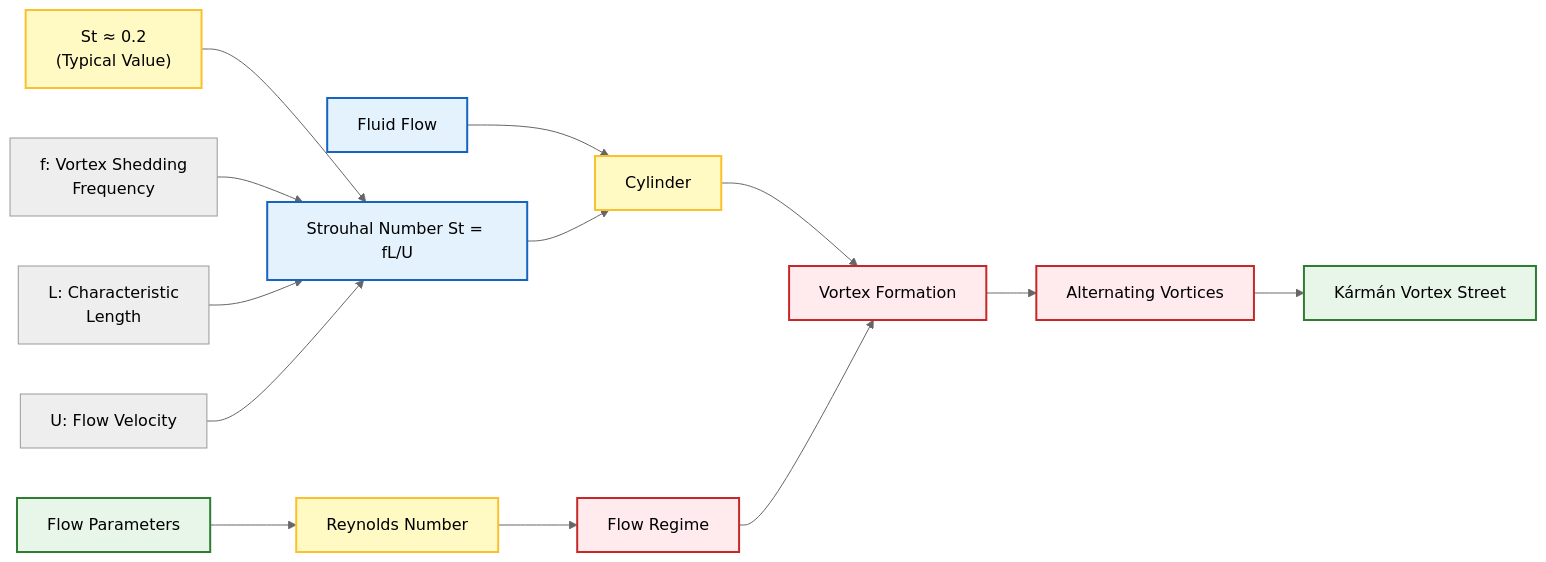
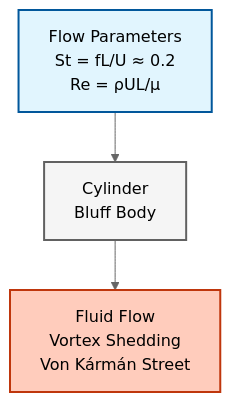
One commit to wramet/build-my-cfd changed the fifth of 5 diagrams in MODULE_01_CFD_FUNDAMENTALS/CONTENT/01_GOVERNING_EQUATIONS/04_Dimensionless_Numbers.md. Above: the diagram before and after it, drawn with Mermaid (neutral theme). The commit also changed other lines of this file and 313 other files, not shown here.

Commit message:
Revise all diagram

````diff
--- a/MODULE_01_CFD_FUNDAMENTALS/CONTENT/01_GOVERNING_EQUATIONS/04_Dimensionless_Numbers.md
+++ b/MODULE_01_CFD_FUNDAMENTALS/CONTENT/01_GOVERNING_EQUATIONS/04_Dimensionless_Numbers.md
@@ -479,28 +425,12 @@
 ```mermaid
-graph LR
-    A["Fluid Flow"] --> B["Cylinder"]
-    B --> C["Vortex Formation"]
-    C --> D["Alternating Vortices"]
-    D --> E["Kármán Vortex Street"]
+graph TD
+classDef implicit fill:#e1f5fe,stroke:#01579b,stroke-width:2px
+classDef explicit fill:#ffccbc,stroke:#bf360c,stroke-width:2px
+classDef context fill:#f5f5f5,stroke:#616161,stroke-width:2px
+Params["Flow Parameters<br/>St = fL/U ≈ 0.2<br/>Re = ρUL/μ"]:::implicit
+Object["Cylinder<br/>Bluff Body"]:::context
+Flow["Fluid Flow<br/>Vortex Shedding<br/>Von Kármán Street"]:::explicit
 
-    F["Strouhal Number St = fL/U"] --> B
-    G["St ≈ 0.2<br/>(Typical Value)"] --> F
-    H["f: Vortex Shedding<br/>Frequency"] --> F
-    I["L: Characteristic<br/>Length"] --> F
-    J["U: Flow Velocity"] --> F
-
-    K["Flow Parameters"] --> L["Reynolds Number"]
-    L --> M["Flow Regime"]
-    M --> C
-
-    style A fill:#e3f2fd,stroke:#1565c0,stroke-width:2px,color:#000;
-    style B fill:#fff9c4,stroke:#fbc02d,stroke-width:2px,color:#000;
-    style C fill:#ffebee,stroke:#c62828,stroke-width:2px,color:#000;
-    style D fill:#ffebee,stroke:#c62828,stroke-width:2px,color:#000;
-    style E fill:#e8f5e9,stroke:#2e7d32,stroke-width:2px,color:#000;
-    style F fill:#e3f2fd,stroke:#1565c0,stroke-width:2px,color:#000;
-    style G fill:#fff9c4,stroke:#fbc02d,stroke-width:2px,color:#000;
-    style K fill:#e8f5e9,stroke:#2e7d32,stroke-width:2px,color:#000;
-    style L fill:#fff9c4,stroke:#fbc02d,stroke-width:2px,color:#000;
-    style M fill:#ffebee,stroke:#c62828,stroke-width:2px,color:#000;
+Params --> Object
+Object --> Flow
 ```
````
